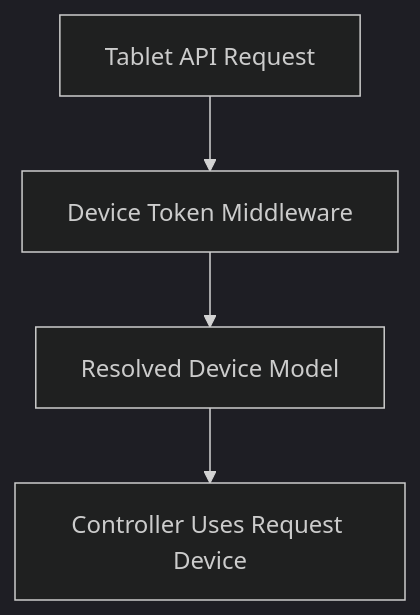
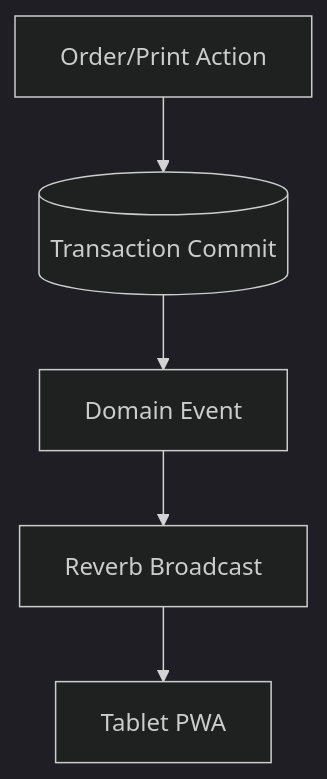
The diagram in docs/HANDOVER_PROTOCOL.md (ryanpastorizadev-bit/woosoo-app), drawn with Mermaid (dark theme) before and after one commit. The commit also changed other lines of this file, not shown here.

Commit message:
Update handover for device bearer middleware

````diff
--- a/docs/HANDOVER_PROTOCOL.md
+++ b/docs/HANDOVER_PROTOCOL.md
@@ -62,11 +67,13 @@
 ```mermaid
 flowchart TD
-    Request[Tablet API Request]
-    Auth[Device Token Middleware]
-    Device[Resolved Device Model]
-    Controller[Controller Uses Request Device]
+    Action[Order/Print Action]
+    DB[(Transaction Commit)]
+    Event[Domain Event]
+    Reverb[Reverb Broadcast]
+    Tablet[Tablet PWA]
 
-    Request --> Auth
-    Auth --> Device
-    Device --> Controller
+    Action --> DB
+    DB --> Event
+    Event --> Reverb
+    Reverb --> Tablet
 ```
````
